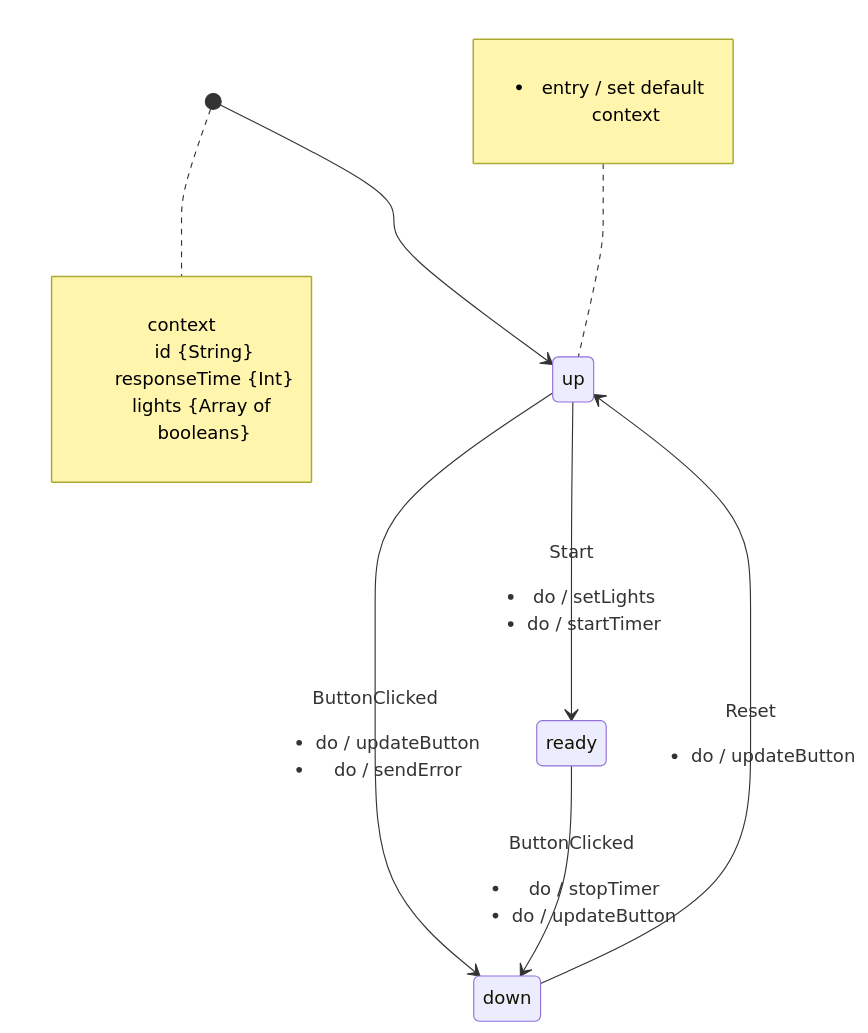
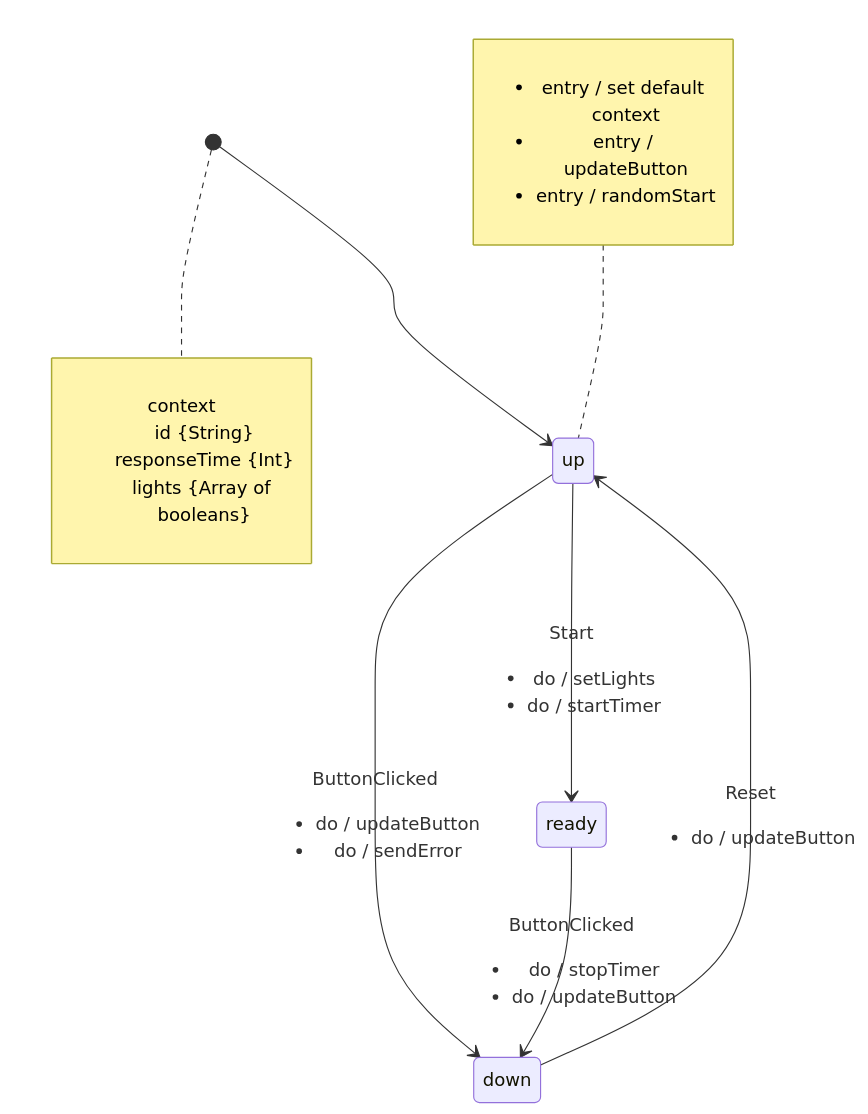
One commit to jkenlooper/red-button-trainer changed the diagram in libs/red-button-machine/src/red-button-machine.mmd. Above: the diagram before and after it, drawn with Mermaid. The commit also changed 11 other files, not shown here.

```diff
--- a/libs/red-button-machine/src/red-button-machine.mmd
+++ b/libs/red-button-machine/src/red-button-machine.mmd
@@ -1,19 +1,19 @@
 %% State machine diagram in mermaid js format (mmd)
 %% http://mermaid-js.github.io/mermaid/
 %%
 %% Line breaks are not fully supported. Use div elements as a workaround. Notes
 %% can't be multiple lines either (note left of state ... end note)
 %%
 %% Create diagram.svg with this command:
 %% `npm run mmdc -- --input src/red-button-machine.mmd --output diagram.svg`
 %% Add `-p puppeteer.config.json` for sandbox workaround if needed.
 
 
 stateDiagram-v2
   [*] --> up
   note right of [*] : <dl><dt>context</dt><dd>id {String}</dd><dd>responseTime {Int}</dd><dd>lights {Array of booleans}</dd></dl>
-  note left of up : <ul><li>entry / set default context</li></ul>
+  note left of up : <ul><li>entry / set default context</li><li>entry / updateButton</li><li>entry / randomStart</li></ul>
   up --> down : <div>ButtonClicked</div> <ul><li>do / updateButton</li><li>do / sendError</li></ul>
   down --> up : <div>Reset</div> <ul><li>do / updateButton</li>
   up --> ready : <div>Start</div> <ul><li>do / setLights</li><li>do / startTimer</li></ul>
   ready --> down : <div>ButtonClicked</div> <ul><li>do / stopTimer</li><li>do / updateButton</li></ul>
```
